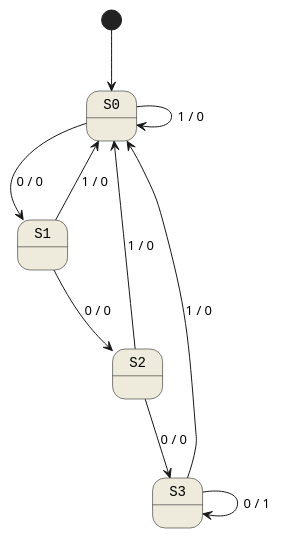
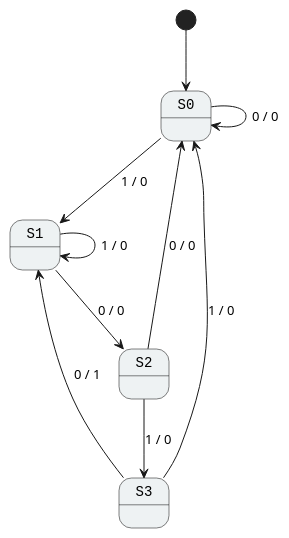
The diagram in 25V/MA-180 Diskret Matematikk 1/FSM.md (Vatnar/UIAOBSIDIAN), drawn with PlantUML before and after one commit.

Commit message:
vault backup: 2025-04-09 15:28:39

````diff
--- a/25V/MA-180 Diskret Matematikk 1/FSM.md
+++ b/25V/MA-180 Diskret Matematikk 1/FSM.md
@@ -1,37 +1,36 @@
 ```plantuml
 @startuml
 skinparam state {
-  BackgroundColor #EEEBDC
+  BackgroundColor #EEF2F3
   BorderColor black
   FontName Courier
 }
 
 [*] --> S0
 
 state S0 {
 }
 
 state S1 {
 }
 
 state S2 {
 }
 
 state S3 {
 }
 
-S0 --> S1 : 0 / 0
-S0 --> S0 : 1 / 0
+S0 --> S1 : 1 / 0
+S0 --> S0 : 0 / 0
 
 S1 --> S2 : 0 / 0
-S1 --> S0 : 1 / 0
+S1 --> S1 : 1 / 0
 
-S2 --> S3 : 0 / 0
-S2 --> S0 : 1 / 0
+S2 --> S3 : 1 / 0
+S2 --> S0 : 0 / 0
 
-S3 --> S3 : 0 / 1
+S3 --> S1 : 0 / 1
 S3 --> S0 : 1 / 0
-
 @enduml
 
 ```
````
